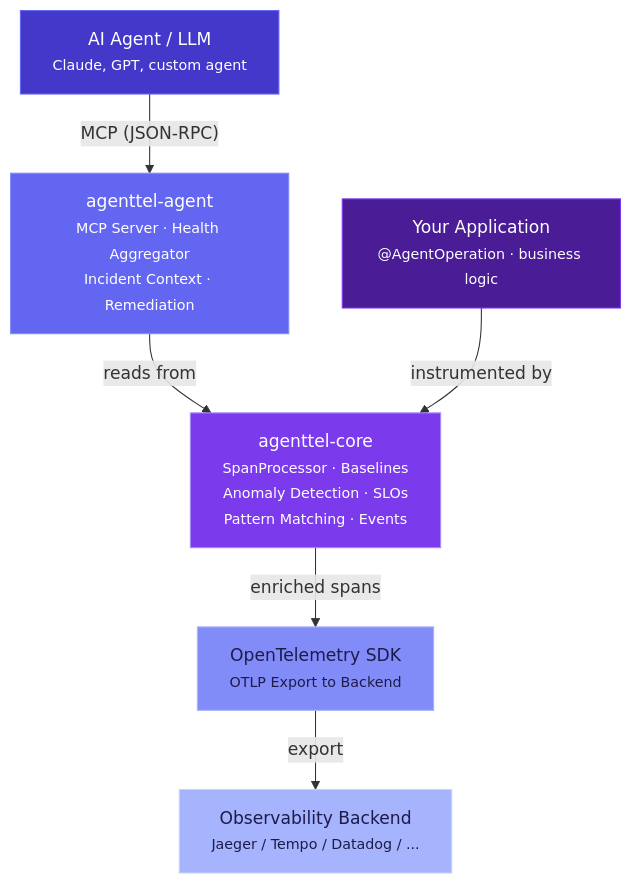
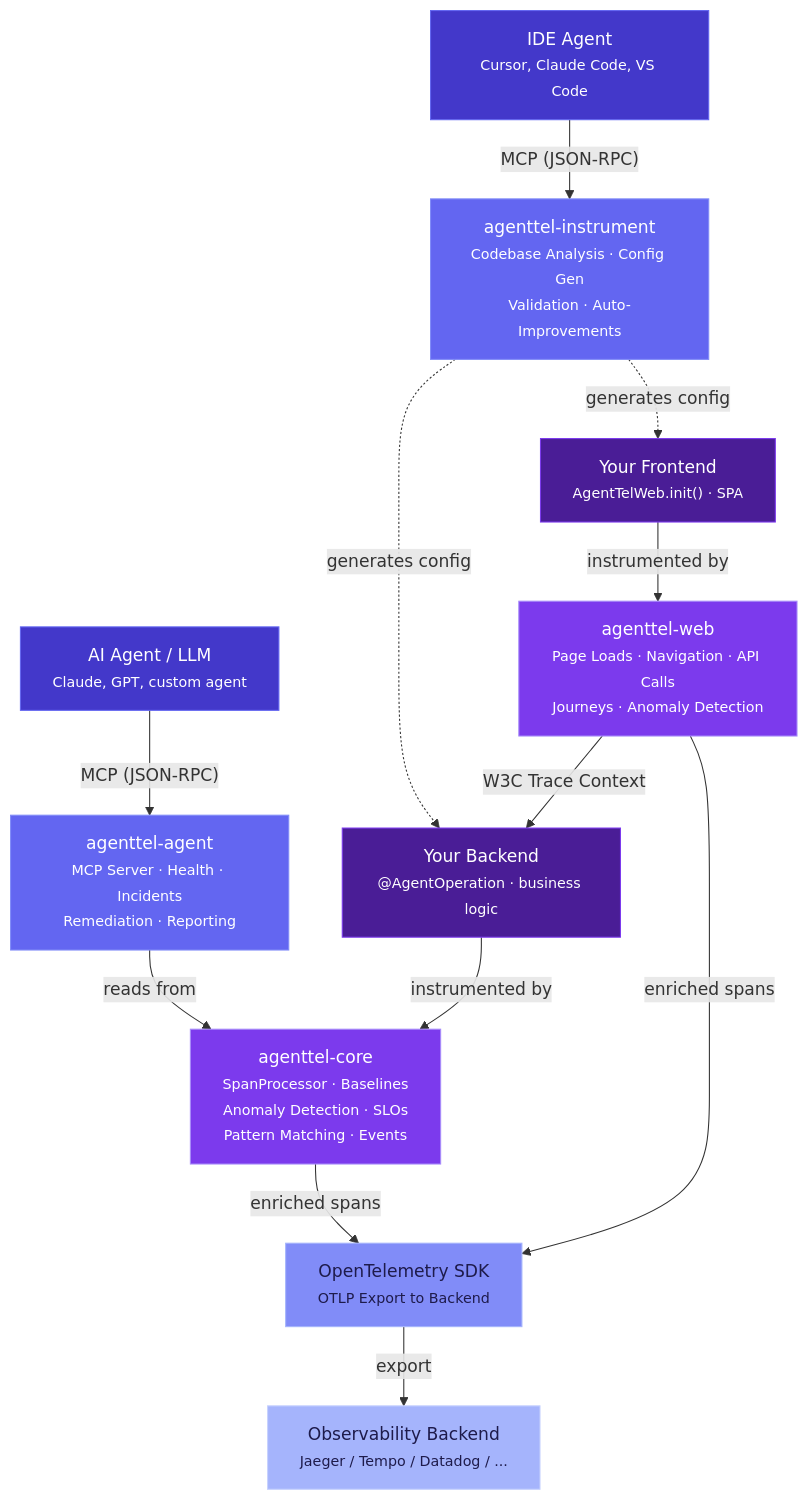
Before and after one commit to rrohitramsen/AgentTel: the first of 6 diagrams in docs/03-ARCHITECTURE.md, drawn with Mermaid. The commit also changed other lines of this file, not shown here.

First line of the commit message:
Add frontend SDK, instrument agent, and reporting to architecture docs

````diff
--- a/docs/03-ARCHITECTURE.md
+++ b/docs/03-ARCHITECTURE.md
@@ -9,22 +9,36 @@
 ```mermaid
 graph TB
     Agent["AI Agent / LLM<br/><small>Claude, GPT, custom agent</small>"]
-    AGT["agenttel-agent<br/><small>MCP Server · Health Aggregator<br/>Incident Context · Remediation</small>"]
-    APP["Your Application<br/><small>@AgentOperation · business logic</small>"]
+    IDE["IDE Agent<br/><small>Cursor, Claude Code, VS Code</small>"]
+    AGT["agenttel-agent<br/><small>MCP Server · Health · Incidents<br/>Remediation · Reporting</small>"]
+    INS["agenttel-instrument<br/><small>Codebase Analysis · Config Gen<br/>Validation · Auto-Improvements</small>"]
+    APP["Your Backend<br/><small>@AgentOperation · business logic</small>"]
+    WEB["Your Frontend<br/><small>AgentTelWeb.init() · SPA</small>"]
     CORE["agenttel-core<br/><small>SpanProcessor · Baselines<br/>Anomaly Detection · SLOs<br/>Pattern Matching · Events</small>"]
+    WEBSDK["agenttel-web<br/><small>Page Loads · Navigation · API Calls<br/>Journeys · Anomaly Detection</small>"]
     OTEL["OpenTelemetry SDK<br/><small>OTLP Export to Backend</small>"]
     BACKEND["Observability Backend<br/><small>Jaeger / Tempo / Datadog / ...</small>"]
 
     Agent -->|"MCP (JSON-RPC)"| AGT
+    IDE -->|"MCP (JSON-RPC)"| INS
+    INS -.->|"generates config"| APP
+    INS -.->|"generates config"| WEB
     AGT -->|"reads from"| CORE
     APP -->|"instrumented by"| CORE
+    WEB -->|"instrumented by"| WEBSDK
     CORE -->|"enriched spans"| OTEL
+    WEBSDK -->|"enriched spans"| OTEL
     OTEL -->|"export"| BACKEND
+    WEBSDK -->|"W3C Trace Context"| APP
 
     style Agent fill:#4338ca,stroke:#6366f1,color:#fff
+    style IDE fill:#4338ca,stroke:#6366f1,color:#fff
     style AGT fill:#6366f1,stroke:#818cf8,color:#fff
+    style INS fill:#6366f1,stroke:#818cf8,color:#fff
     style APP fill:#4a1d96,stroke:#7c3aed,color:#fff
+    style WEB fill:#4a1d96,stroke:#7c3aed,color:#fff
     style CORE fill:#7c3aed,stroke:#a78bfa,color:#fff
+    style WEBSDK fill:#7c3aed,stroke:#a78bfa,color:#fff
     style OTEL fill:#818cf8,stroke:#a5b4fc,color:#1e1b4b
     style BACKEND fill:#a5b4fc,stroke:#c7d2fe,color:#1e1b4b
 ```
````
